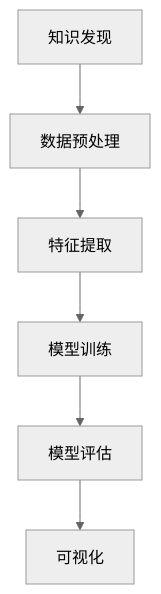
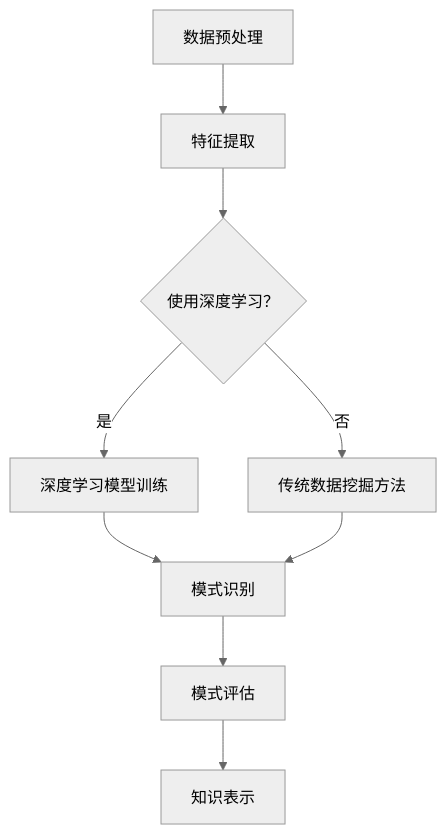
The diagram in ai/433/知识发现引擎的深度学习应用.md (AIGeniusInstitute/pycnblog), drawn with Mermaid (neutral theme) before and after one commit. The commit also changed other lines of this file and 45677 other files, not shown here.

````diff
--- a/ai/433/知识发现引擎的深度学习应用.md
+++ b/ai/433/知识发现引擎的深度学习应用.md
@@ -36,8 +79,11 @@
 ```mermaid
-graph TB
-    A[知识发现] --> B[数据预处理]
-    B --> C[特征提取]
-    C --> D[模型训练]
-    D --> E[模型评估]
-    E --> F[可视化]
+graph TD
+A[数据预处理] --> B[特征提取]
+B --> C{使用深度学习？}
+C -->|是| D[深度学习模型训练]
+C -->|否| E[传统数据挖掘方法]
+D --> F[模式识别]
+E --> F
+F --> G[模式评估]
+G --> H[知识表示]
 ```
````
